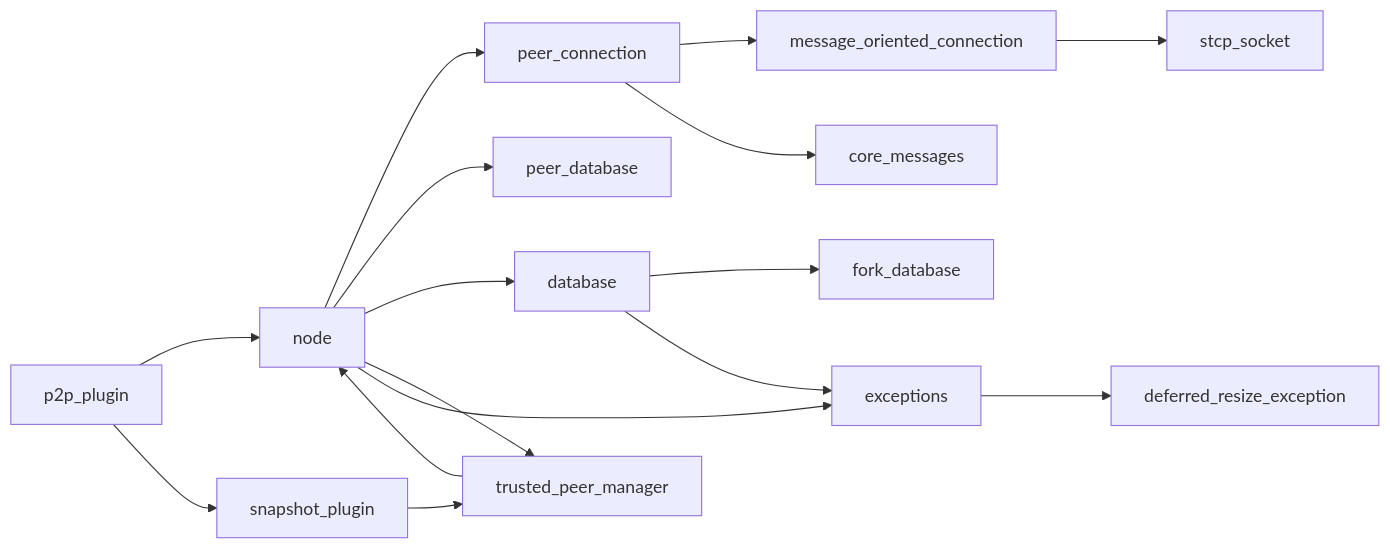
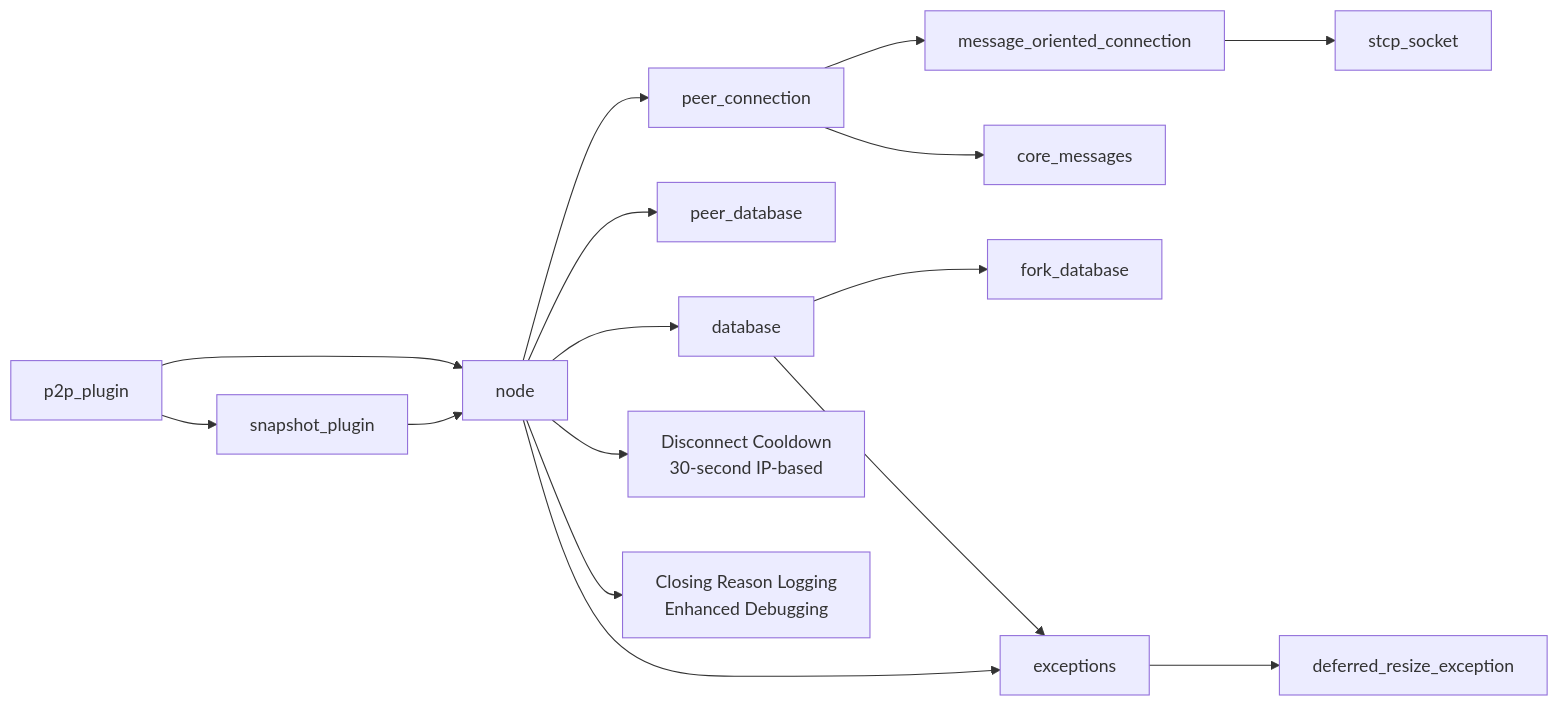
Diagram 13 of 13 in .qoder/repowiki/en/content/Architecture Overview/Core Libraries/Network Library/Peer Connection Management.md (VIZ-Blockchain/viz-cpp-node), drawn with Mermaid before and after one commit. The commit also changed other lines of this file and 9 other files, not shown here.

````diff
--- a/.qoder/repowiki/en/content/Architecture Overview/Core Libraries/Network Library/Peer Connection Management.md
+++ b/.qoder/repowiki/en/content/Architecture Overview/Core Libraries/Network Library/Peer Connection Management.md
@@ -660,18 +672,18 @@
 ```mermaid
 graph LR
 PC["peer_connection"] --> MOC["message_oriented_connection"]
 MOC --> STCP["stcp_socket"]
 PC --> CM["core_messages"]
 N["node"] --> PC
 N --> PD["peer_database"]
 N --> DB["database"]
-N --> TP["trusted_peer_manager"]
+N --> DC["Disconnect Cooldown<br/>30-second IP-based"]
+N --> CR["Closing Reason Logging<br/>Enhanced Debugging"]
 P2P["p2p_plugin"] --> N
 P2P --> SNAP["snapshot_plugin"]
-SNAP --> TP
+SNAP --> N
 DB --> FD["fork_database"]
 DB --> EX["exceptions"]
 N --> EX
 EX --> DR["deferred_resize_exception"]
-TP --> N
 ```
````
